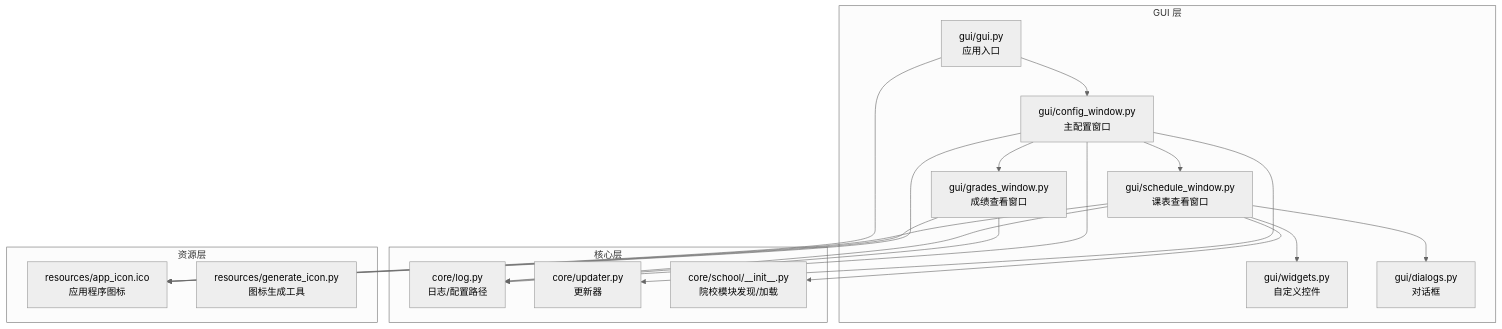
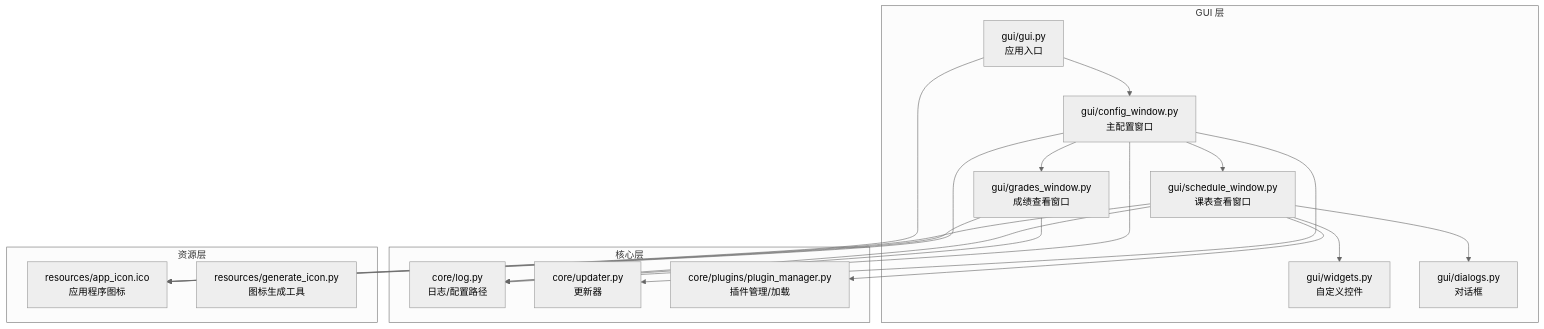
The first of 8 diagrams in .wiki/zh/content/图形用户界面/图形用户界面.md (pjnt9372/Capture_Push), drawn with Mermaid (neutral theme) before and after one commit. The commit also changed other lines of this file and 37 other files, not shown here.

````diff
--- a/.wiki/zh/content/图形用户界面/图形用户界面.md
+++ b/.wiki/zh/content/图形用户界面/图形用户界面.md
@@ -43,34 +43,34 @@
 ```mermaid
 graph TB
 subgraph "GUI 层"
 A["gui/gui.py<br/>应用入口"]
 B["gui/config_window.py<br/>主配置窗口"]
 C["gui/grades_window.py<br/>成绩查看窗口"]
 D["gui/schedule_window.py<br/>课表查看窗口"]
 E["gui/widgets.py<br/>自定义控件"]
 F["gui/dialogs.py<br/>对话框"]
 end
 subgraph "核心层"
 G["core/log.py<br/>日志/配置路径"]
 H["core/updater.py<br/>更新器"]
-I["core/school/__init__.py<br/>院校模块发现/加载"]
+I["core/plugins/plugin_manager.py<br/>插件管理/加载"]
 end
 subgraph "资源层"
 J["resources/app_icon.ico<br/>应用程序图标"]
 K["resources/generate_icon.py<br/>图标生成工具"]
 end
 A --> B
 B --> C
 B --> D
 D --> E
 D --> F
 B --> G
 B --> H
 C --> G
 D --> G
 D --> I
 B --> J
 C --> J
 D --> J
 A --> J
 ```
````
